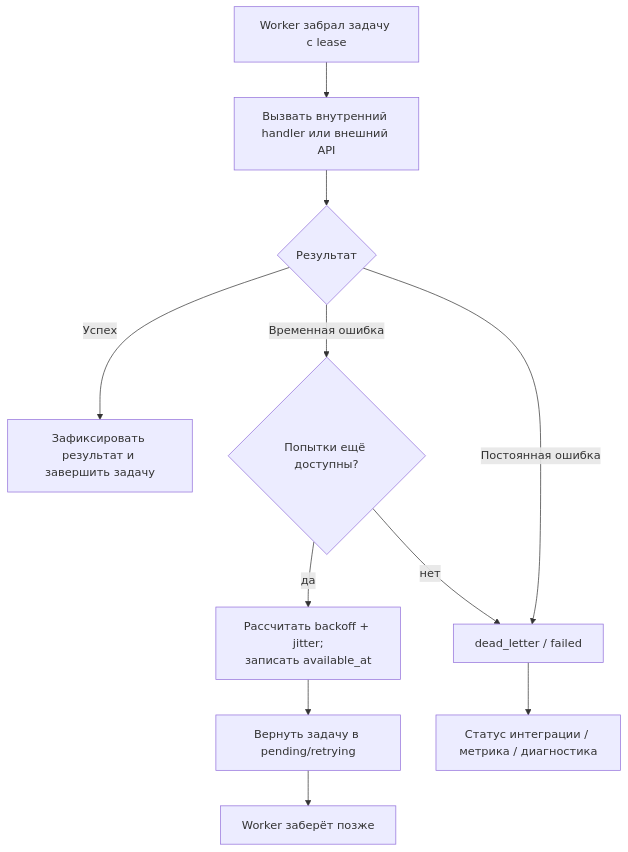
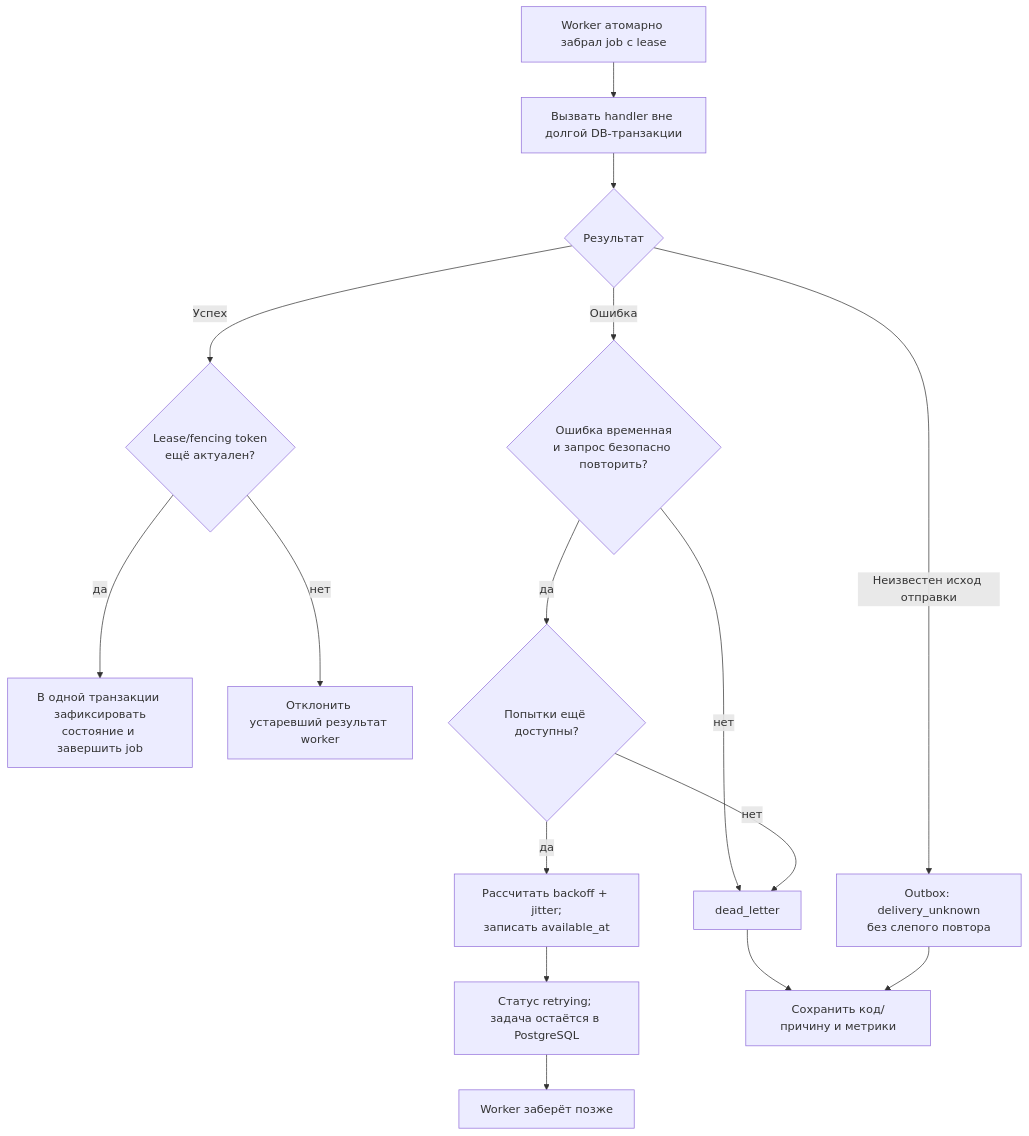
One commit to Maskit26/ai_manager changed the sixth of 6 diagrams in docs/SERVICE_BLOCK_DIAGRAM.md. Above: the diagram before and after it, drawn with Mermaid. The commit also changed other lines of this file and 3 other files, not shown here.

````diff
--- a/docs/SERVICE_BLOCK_DIAGRAM.md
+++ b/docs/SERVICE_BLOCK_DIAGRAM.md
@@ -286,13 +299,18 @@
 ```mermaid
 flowchart TD
-    Start["Worker забрал задачу с lease"] --> Execute["Вызвать внутренний handler или внешний API"]
+    Start["Worker атомарно забрал job с lease"] --> Execute["Вызвать handler вне долгой DB-транзакции"]
     Execute --> Result{"Результат"}
-    Result -->|"Успех"| Commit["Зафиксировать результат и завершить задачу"]
-    Result -->|"Временная ошибка"| RetryCheck{"Попытки ещё доступны?"}
+    Result -->|"Успех"| Fence{"Lease/fencing token<br/>ещё актуален?"}
+    Fence -->|"да"| Commit["В одной транзакции зафиксировать<br/>состояние и завершить job"]
+    Fence -->|"нет"| Reject["Отклонить устаревший результат worker"]
+    Result -->|"Ошибка"| Classify{"Ошибка временная<br/>и запрос безопасно повторить?"}
+    Classify -->|"нет"| Dead["dead_letter"]
+    Classify -->|"да"| RetryCheck{"Попытки ещё доступны?"}
     RetryCheck -->|"да"| Schedule["Рассчитать backoff + jitter;<br/>записать available_at"]
-    Schedule --> Pending["Вернуть задачу в pending/retrying"]
-    RetryCheck -->|"нет"| Dead["dead_letter / failed"]
-    Result -->|"Постоянная ошибка"| Dead
-    Dead --> Alert["Статус интеграции / метрика / диагностика"]
+    Schedule --> Pending["Статус retrying; задача остаётся в PostgreSQL"]
+    RetryCheck -->|"нет"| Dead
+    Result -->|"Неизвестен исход отправки"| Unknown["Outbox: delivery_unknown<br/>без слепого повтора"]
+    Dead --> Alert["Сохранить код/причину и метрики"]
     Pending --> WorkerLoop["Worker заберёт позже"]
+    Unknown --> Alert
 ```
````
